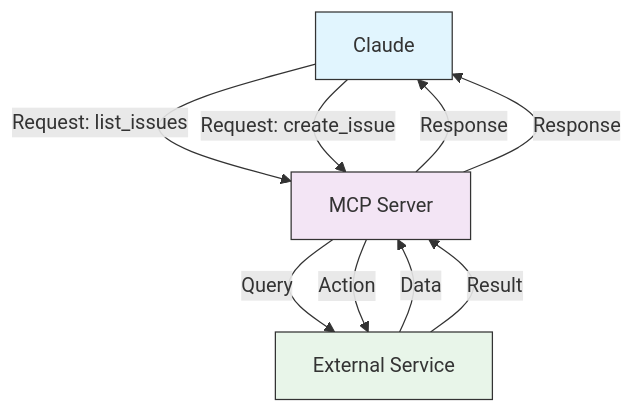
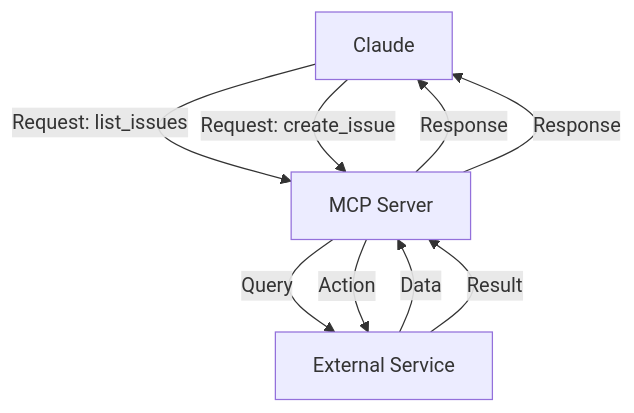
The first of 7 diagrams in claude-howto-zh/05-mcp/README.md (Rx782-Fss/claude-howto-zh), drawn with Mermaid before and after one commit. The commit also changed other lines of this file and 9 other files, not shown here.

Commit message:
fix: 清除 Mermaid style 行(105处)和节点标签数字列表格式(17处)，修复 Obsidian/GitHub 'Unsupported markdown: list' 渲染错误

````diff
--- a/claude-howto-zh/05-mcp/README.md
+++ b/claude-howto-zh/05-mcp/README.md
@@ -23,20 +23,17 @@
 ```mermaid
 graph TB
     A["Claude"]
     B["MCP Server"]
     C["External Service"]
 
     A -->|Request: list_issues| B
     B -->|Query| C
     C -->|Data| B
     B -->|Response| A
 
     A -->|Request: create_issue| B
     B -->|Action| C
     C -->|Result| B
     B -->|Response| A
 
-    style A fill:#e1f5fe,stroke:#333,color:#333
-    style B fill:#f3e5f5,stroke:#333,color:#333
-    style C fill:#e8f5e9,stroke:#333,color:#333
 ```
````
